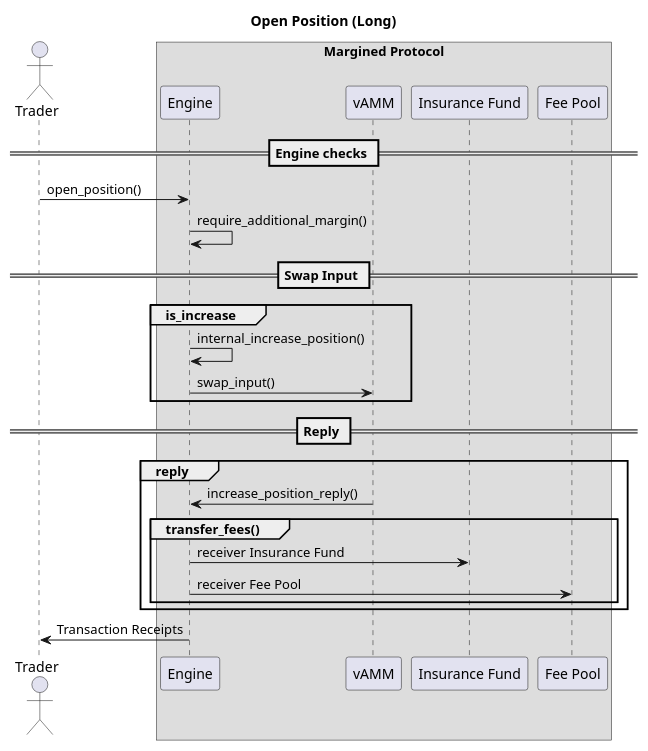
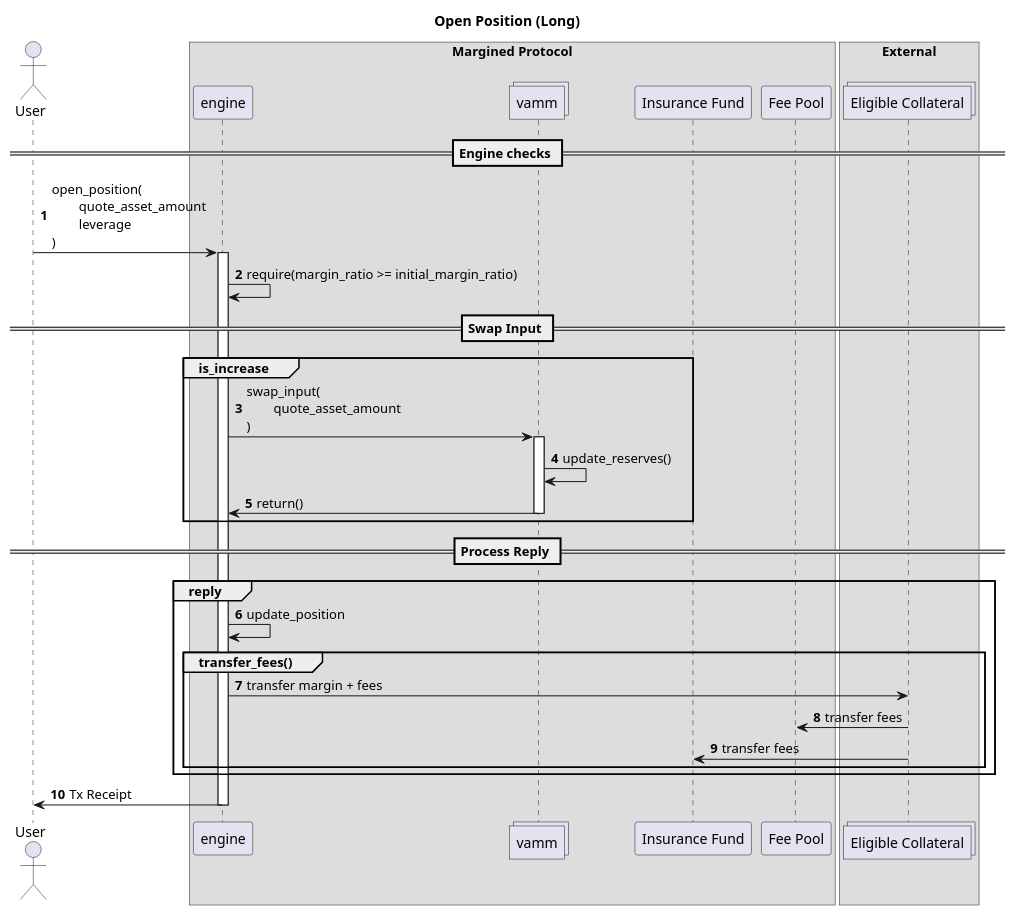
Before and after one commit to margined-protocol/docs: the diagram in architecture/images/open-pos.puml, drawn with PlantUML. The commit also changed 1 other file, not shown here.

```diff
--- a/architecture/images/open-pos.puml
+++ b/architecture/images/open-pos.puml
@@ -1,35 +1,53 @@
-@startuml open-pos
-actor           Trader    
+@startuml
+autonumber
+actor User    
 
 box "Margined Protocol" 
-participant     Engine    
-participant     vAMM     
-participant     "Insurance Fund" as Insurance    
-participant     "Fee Pool" as Pool    
+    participant engine    
+    collections vamm     
+    participant "Insurance Fund" as insurance    
+    participant "Fee Pool" as pool    
 end box
+
+box "External"
+    collections "Eligible Collateral" as cw20
+end box
+
 
 title Open Position (Long)
 
 == Engine checks ==
-Trader -> Engine : open_position()
-Engine -> Engine : require_additional_margin()
+
+User -> engine : open_position(\n\tquote_asset_amount\n\tleverage\n)
+activate engine
+
+engine -> engine : require(margin_ratio >= initial_margin_ratio)
 
 == Swap Input ==
 
 Group is_increase
-    Engine -> Engine : internal_increase_position()
-    Engine -> vAMM : swap_input()
+    engine -> vamm : swap_input(\n\tquote_asset_amount\n)
+    activate vamm
+
+    vamm -> vamm: update_reserves()
+
+    vamm -> engine: return()
+    deactivate vamm
 end
 
-== Reply ==
+== Process Reply ==
 Group reply
-    vAMM -> Engine : increase_position_reply()
+
+    engine -> engine: update_position
+
     Group transfer_fees()
-        Engine -> Insurance : receiver Insurance Fund
-        Engine -> Pool : receiver Fee Pool
+        engine -> cw20 : transfer margin + fees
+        cw20 -> pool : transfer fees
+        cw20 -> insurance : transfer fees
     end 
 end
 
-Engine -> Trader : Transaction Receipts
+engine -> User : Tx Receipt
+deactivate engine
 
 @enduml
```
